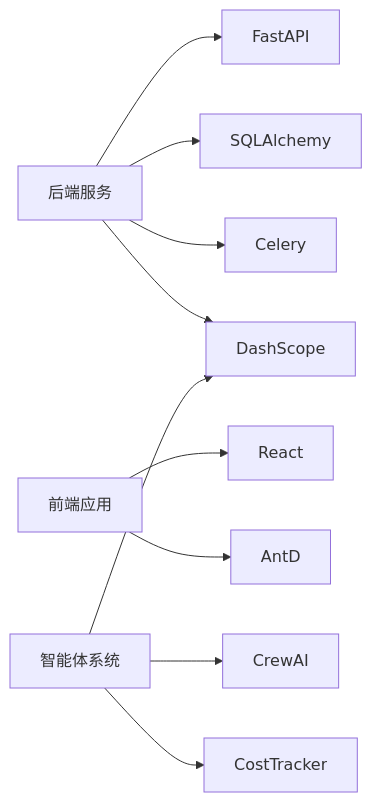
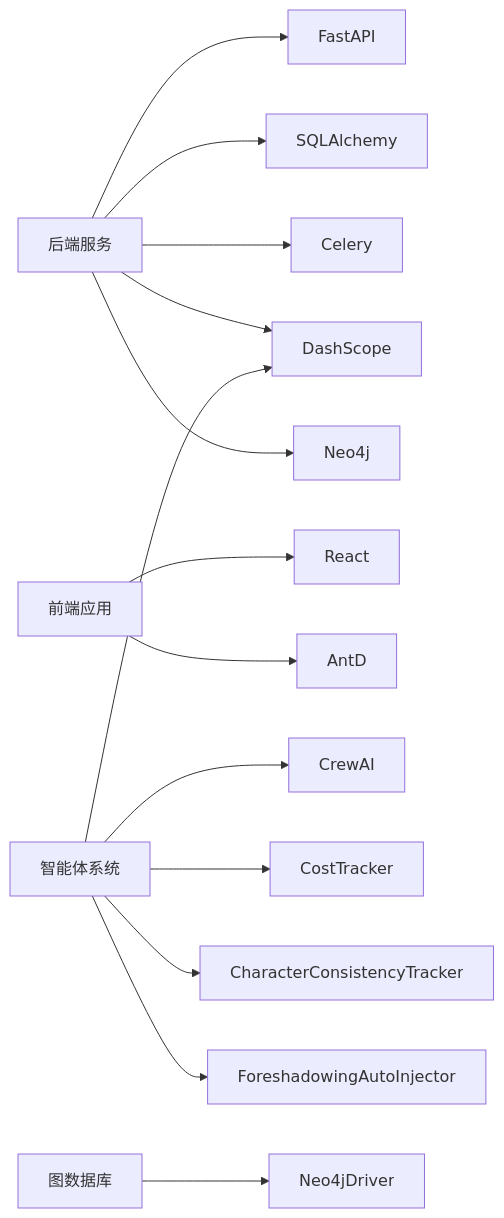
Diagram 15 of 15 in .qoder/repowiki/zh/content/项目概述/项目概述.md (xfbyxq/ai-novel-system), drawn with Mermaid before and after one commit. The commit also changed other lines of this file and 9 other files, not shown here.

First line of the commit message:
feat(core): 完善v2.1.0版本，新增Neo4j图数据库及多项智能功能

````diff
--- a/.qoder/repowiki/zh/content/项目概述/项目概述.md
+++ b/.qoder/repowiki/zh/content/项目概述/项目概述.md
@@ -380,12 +683,16 @@
 ```mermaid
 graph LR
 Backend["后端服务"] --> FastAPI
 Backend --> SQLAlchemy
 Backend --> Celery
 Backend --> DashScope
+Backend --> Neo4j
 Frontend["前端应用"] --> React
 Frontend --> AntD
 Agents["智能体系统"] --> CrewAI
 Agents --> DashScope
 Agents --> CostTracker
+Agents --> CharacterConsistencyTracker
+Agents --> ForeshadowingAutoInjector
+GraphDB["图数据库"] --> Neo4jDriver
 ```
````
